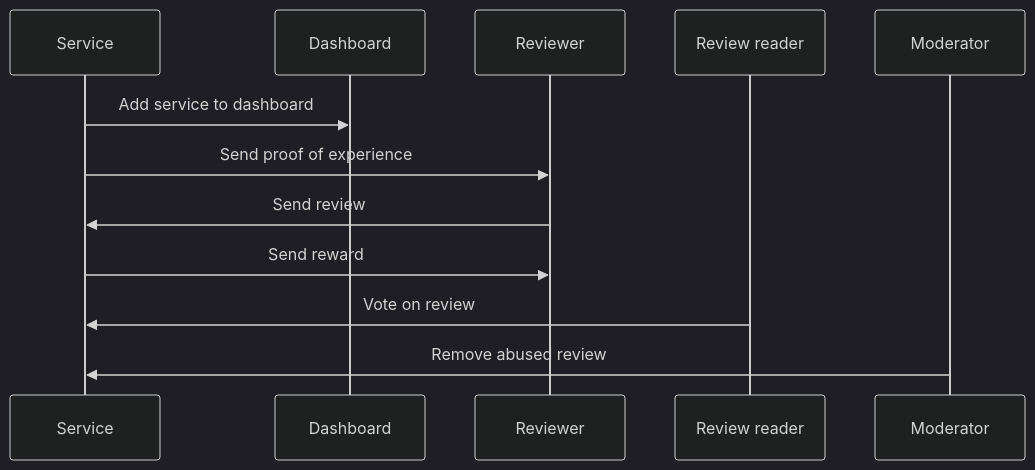
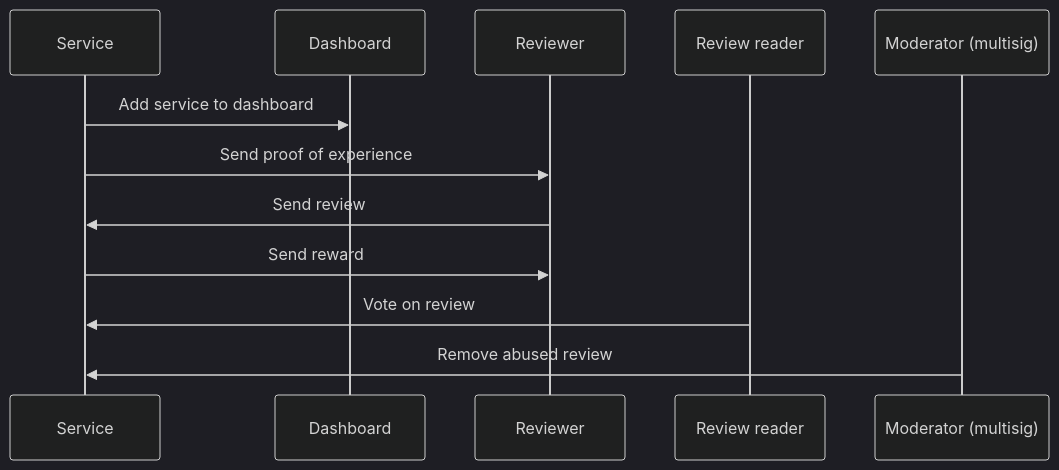
One commit to iotaledger/iota changed the diagram in docs/content/developer/getting-started/create-review-rating-dao-with-multisig.mdx. Above: the diagram before and after it, drawn with Mermaid (dark theme).

Commit message:
Update sequence diagram

````diff
--- a/docs/content/developer/getting-started/create-review-rating-dao-with-multisig.mdx
+++ b/docs/content/developer/getting-started/create-review-rating-dao-with-multisig.mdx
@@ -18,9 +18,9 @@
 ```mermaid
 sequenceDiagram
   Service ->> Dashboard: Add service to dashboard
   Service ->> Reviewer: Send proof of experience
   Reviewer ->> Service: Send review
   Service ->> Reviewer: Send reward
   Review reader ->> Service: Vote on review
-  Moderator ->> Service: Remove abused review
+  Moderator (multisig) ->> Service: Remove abused review
 ```
````
